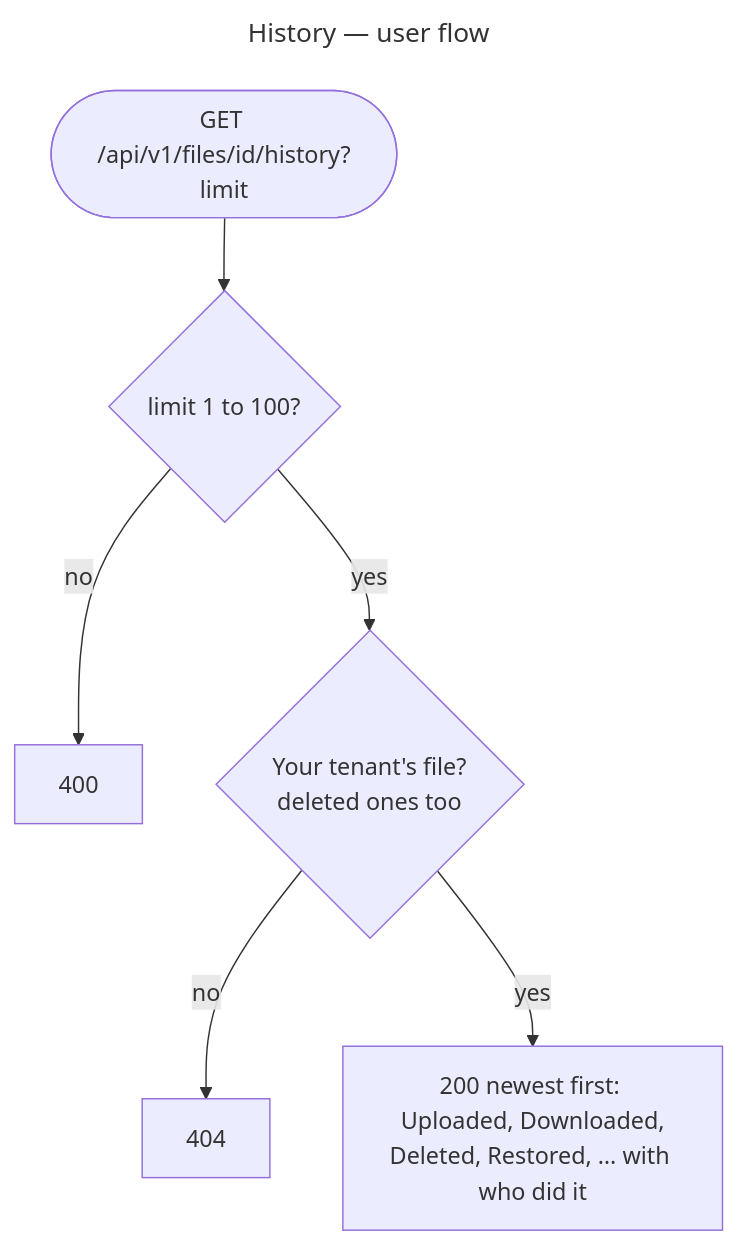
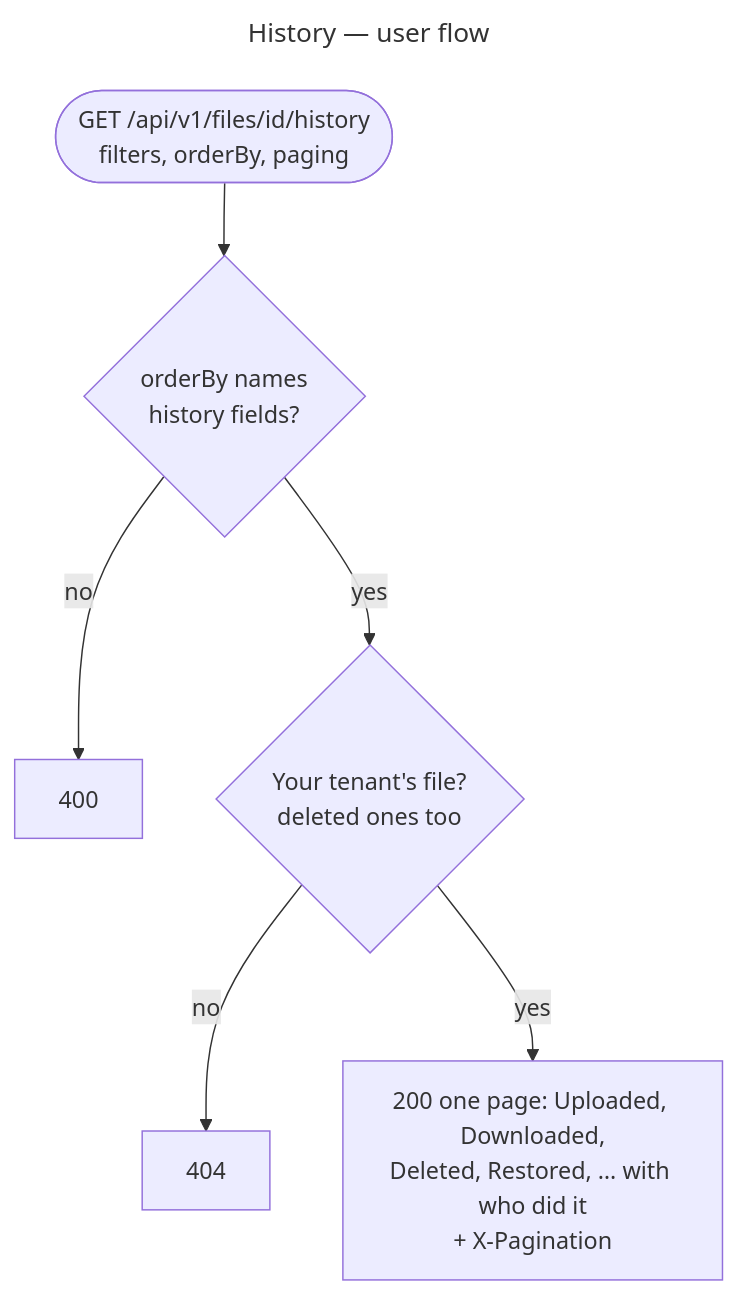
One commit to gmetskhvarishvili/GM.FileStorage.Samples changed the eighth of 11 diagrams in docs/user-flows.md. Above: the diagram before and after it, drawn with Mermaid. The commit also changed other lines of this file and 12 other files, not shown here.

First line of the commit message:
feat!: filter, order and page a file's history

````diff
--- a/docs/user-flows.md
+++ b/docs/user-flows.md
@@ -185,11 +185,11 @@
 ```mermaid
 ---
 title: History — user flow
 ---
 flowchart TD
-    start([GET /api/v1/files/id/history?limit]) --> limit{limit 1 to 100?}
-    limit -- no --> b400[400]
-    limit -- yes --> owned{Your tenant's file?<br/>deleted ones too}
+    start([GET /api/v1/files/id/history<br/>filters, orderBy, paging]) --> order{orderBy names<br/>history fields?}
+    order -- no --> b400[400]
+    order -- yes --> owned{Your tenant's file?<br/>deleted ones too}
     owned -- no --> f404[404]
-    owned -- yes --> list[200 newest first: Uploaded, Downloaded,<br/>Deleted, Restored, … with who did it]
+    owned -- yes --> list[200 one page: Uploaded, Downloaded,<br/>Deleted, Restored, … with who did it<br/>+ X-Pagination]
 ```
````
